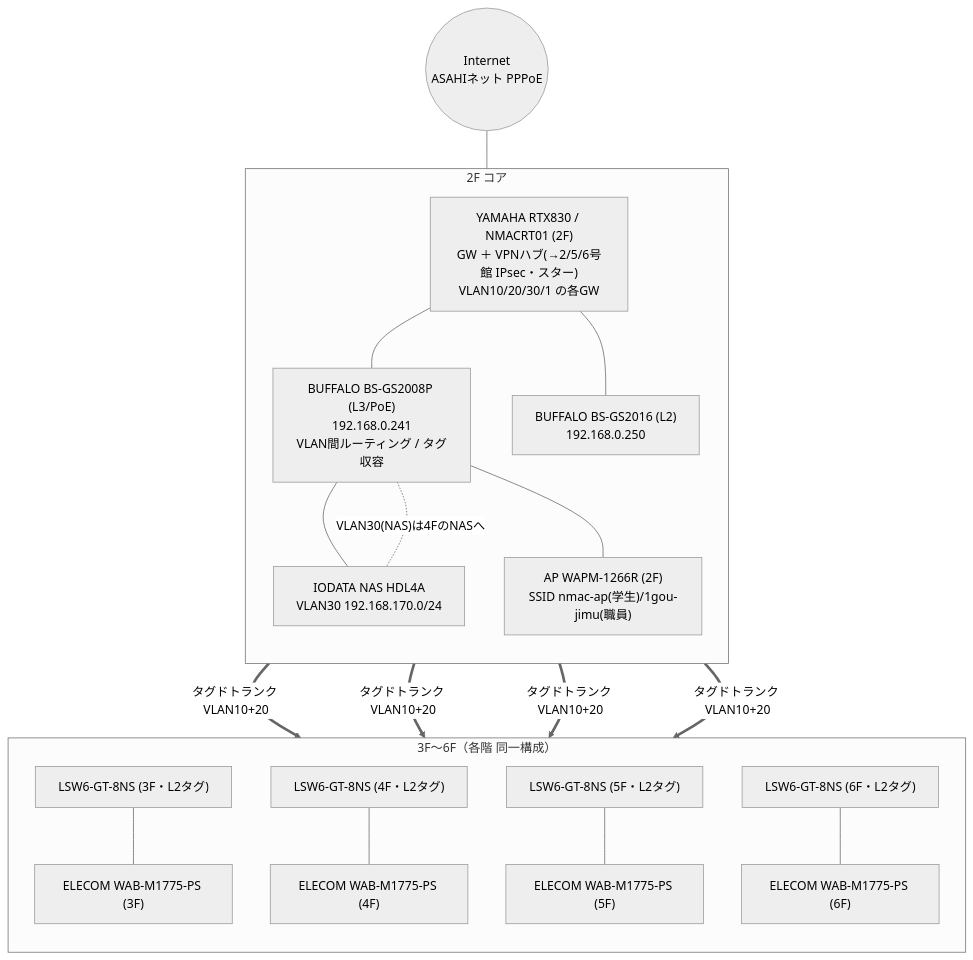
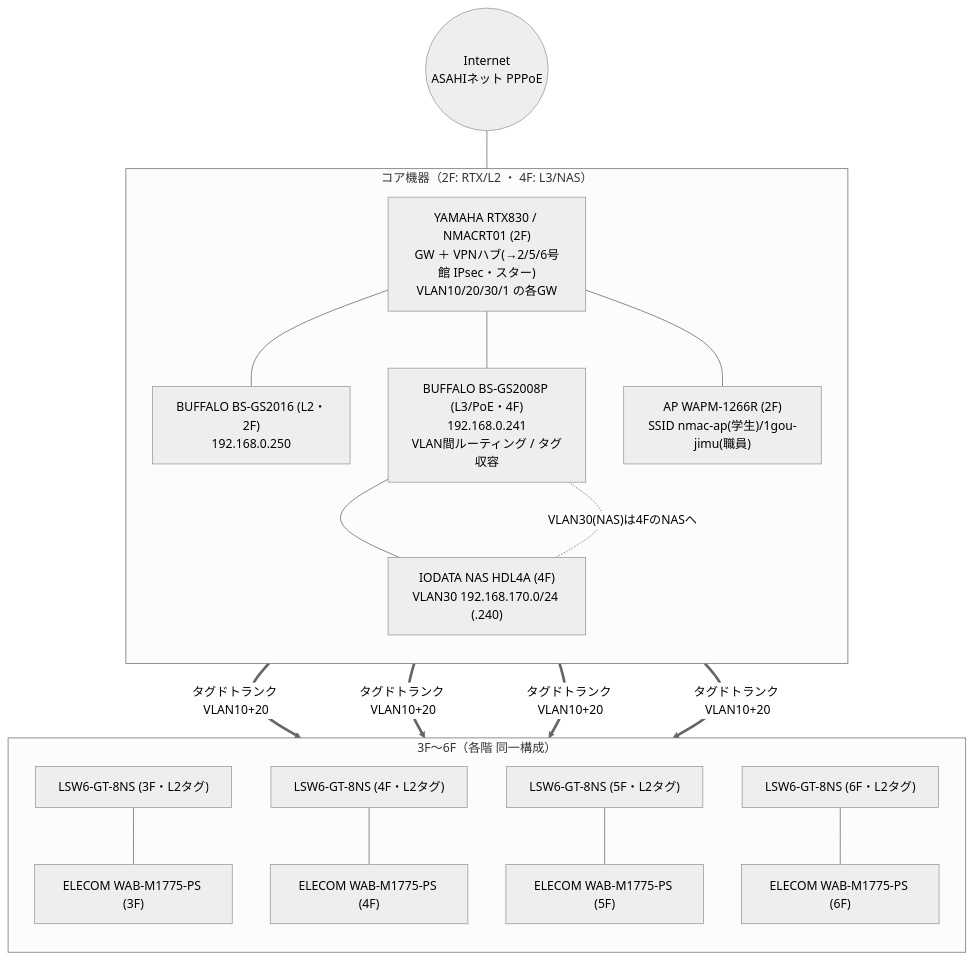
Before and after one commit to zva06206-shimizu/yss_secretary: the diagram in work/nagoya-keiei-kaikei/04_system/network-diagram-1gou-rebuilt.md, drawn with Mermaid (neutral theme). The commit also changed other lines of this file and 1 other file, not shown here.

Commit message:
名古屋：5号館図をフロア構造化、1号館再構築図の階情報を訂正
5号館図をフロア(1F-4F)のsubgraphで区切り、教員系(管理型縦系)/生徒系(無管理カスケード)の
2縦系を視覚的に分離。1号館再構築図はBS-GS2008P(L3)+NASを2F→4Fに訂正、階別VLAN表記差の
正体(AP向けは全階VLAN10+20トランク/有線は職員VLAN10のみ・文言ゆれ)を注記に明確化。

````diff
--- a/work/nagoya-keiei-kaikei/04_system/network-diagram-1gou-rebuilt.md
+++ b/work/nagoya-keiei-kaikei/04_system/network-diagram-1gou-rebuilt.md
@@ -28,27 +28,27 @@
 ```mermaid
 flowchart TB
     INET((Internet<br/>ASAHIネット PPPoE))
     INET --- RT["YAMAHA RTX830 / NMACRT01 (2F)<br/>GW ＋ VPNハブ(→2/5/6号館 IPsec・スター)<br/>VLAN10/20/30/1 の各GW"]
 
-    subgraph CORE["2F コア"]
+    subgraph CORE["コア機器（2F: RTX/L2 ・ 4F: L3/NAS）"]
       direction TB
-      RT --- L3["BUFFALO BS-GS2008P (L3/PoE)<br/>192.168.0.241<br/>VLAN間ルーティング / タグ収容"]
-      RT --- L2C["BUFFALO BS-GS2016 (L2)<br/>192.168.0.250"]
-      L3 --- NAS["IODATA NAS HDL4A<br/>VLAN30 192.168.170.0/24"]
-      L3 --- AP2["AP WAPM-1266R (2F)<br/>SSID nmac-ap(学生)/1gou-jimu(職員)"]
+      RT --- L2C["BUFFALO BS-GS2016 (L2・2F)<br/>192.168.0.250"]
+      RT --- L3["BUFFALO BS-GS2008P (L3/PoE・4F)<br/>192.168.0.241<br/>VLAN間ルーティング / タグ収容"]
+      L3 --- NAS["IODATA NAS HDL4A (4F)<br/>VLAN30 192.168.170.0/24 (.240)"]
+      RT --- AP2["AP WAPM-1266R (2F)<br/>SSID nmac-ap(学生)/1gou-jimu(職員)"]
     end
 
     subgraph FLR["3F〜6F（各階 同一構成）"]
       direction TB
       SW3["LSW6-GT-8NS (3F・L2タグ)"] --- AP3["ELECOM WAB-M1775-PS (3F)"]
       SW4["LSW6-GT-8NS (4F・L2タグ)"] --- AP4["ELECOM WAB-M1775-PS (4F)"]
       SW5["LSW6-GT-8NS (5F・L2タグ)"] --- AP5["ELECOM WAB-M1775-PS (5F)"]
       SW6["LSW6-GT-8NS (6F・L2タグ)"] --- AP6["ELECOM WAB-M1775-PS (6F)"]
     end
 
     L3 == "タグドトランク VLAN10+20" ==> SW3
     L3 == "タグドトランク VLAN10+20" ==> SW4
     L3 == "タグドトランク VLAN10+20" ==> SW5
     L3 == "タグドトランク VLAN10+20" ==> SW6
     L3 -. "VLAN30(NAS)は4FのNASへ" .- NAS
 ```
````
